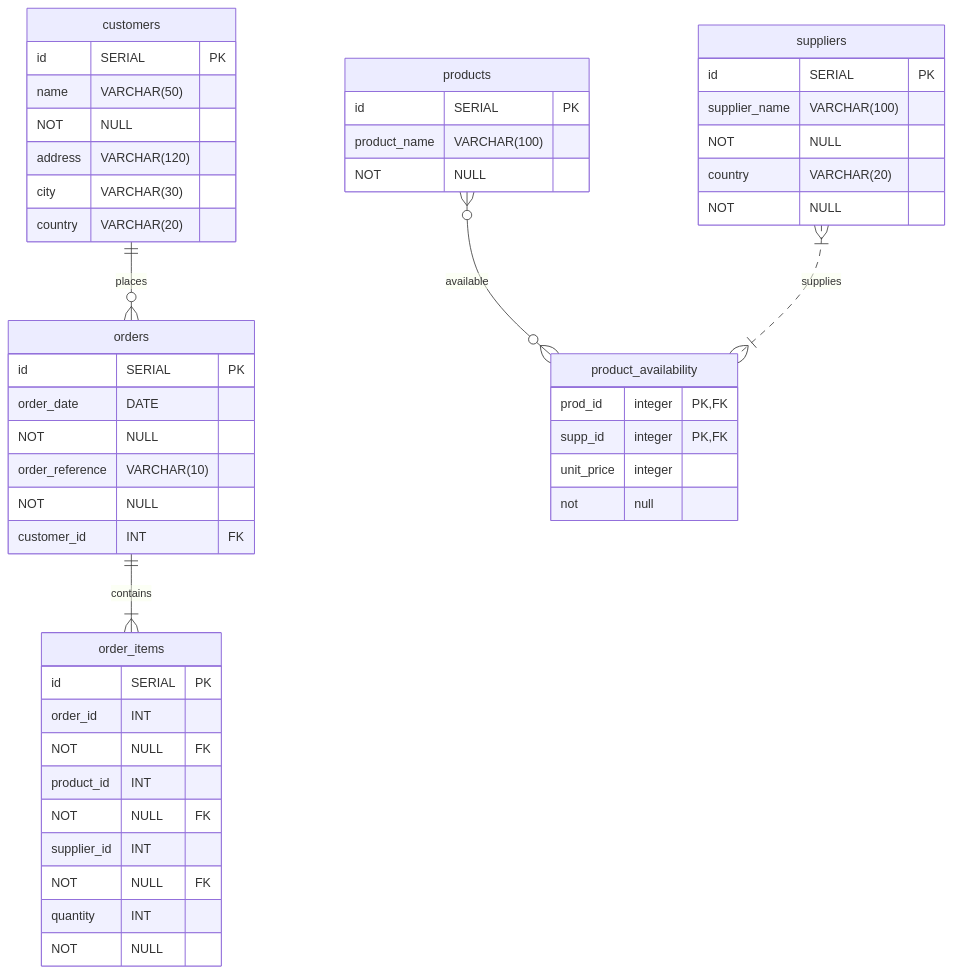
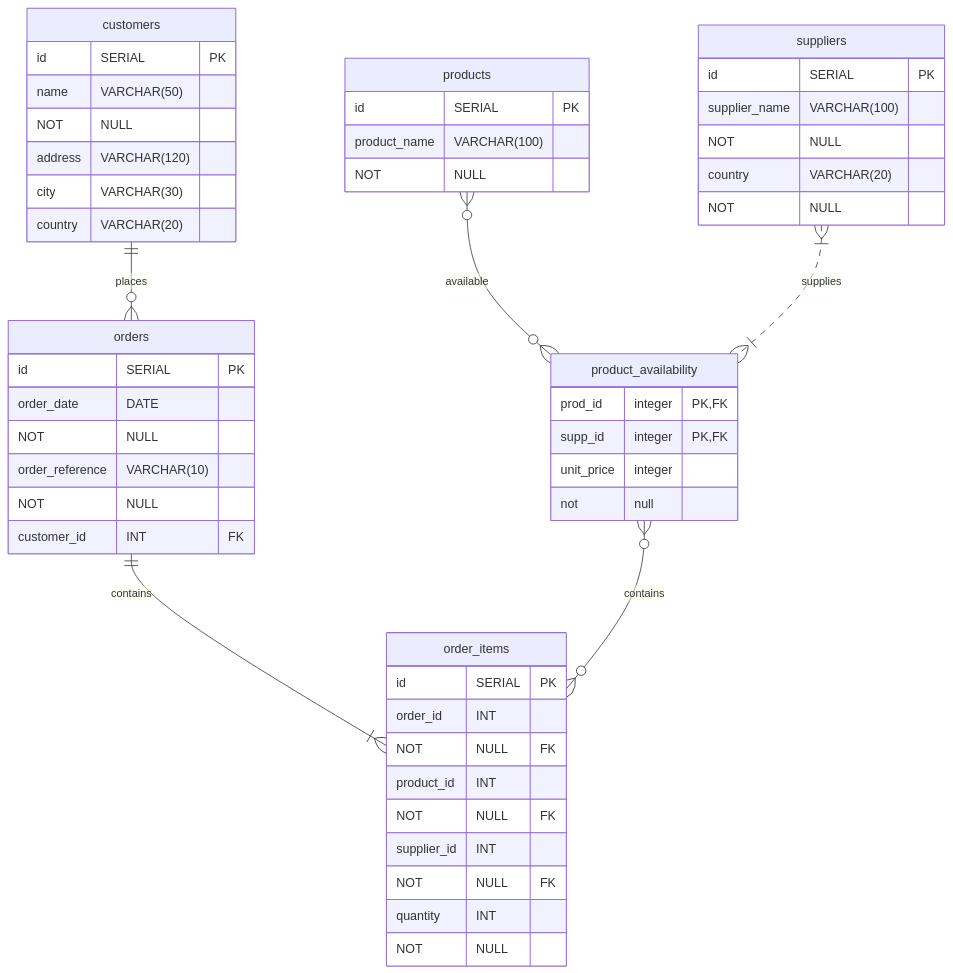
Before and after one commit to CodeYourFuture/Module-Databases: the diagram in E-Commerce/readme.md, drawn with Mermaid.

Commit message:
erDiagram product_availability and order_items

````diff
--- a/E-Commerce/readme.md
+++ b/E-Commerce/readme.md
@@ -35,46 +35,47 @@
 ```mermaid
 erDiagram
     customers {
 id SERIAL PK
 name VARCHAR(50) NOT NULL
 address VARCHAR(120)
 city VARCHAR(30)
 country VARCHAR(20)
     }
     customers ||--o{ orders : places
     orders {
         id SERIAL PK
     order_date DATE NOT NULL
     order_reference VARCHAR(10) NOT NULL
     customer_id INT FK
     }
     orders ||--|{ order_items : contains
 
 order_items {
 id SERIAL PK
 order_id INT NOT NULL FK
 product_id INT NOT NULL FK
 supplier_id INT NOT NULL FK
 quantity INT NOT NULL
 }
 
 products {
 id SERIAL PK
 product_name VARCHAR(100) NOT NULL}
 
 products }o--o{ product_availability : available
 
 product_availability {
 prod_id integer PK, FK
 supp_id integer PK, FK
 unit_price integer not null
 }
 
 suppliers }|..|{ product_availability : supplies
 
 suppliers {
 id SERIAL PK
 supplier_name VARCHAR(100) NOT NULL
 country VARCHAR(20) NOT NULL
 }
+product_availability }o--o{ order_items : contains
 ```
````
